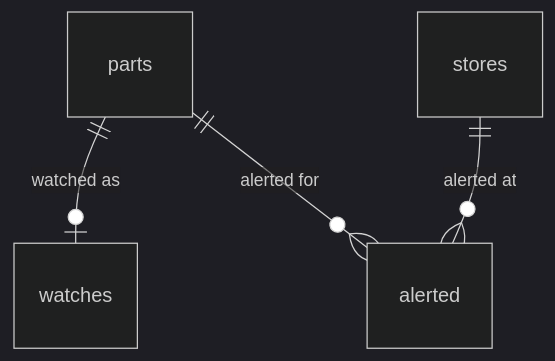
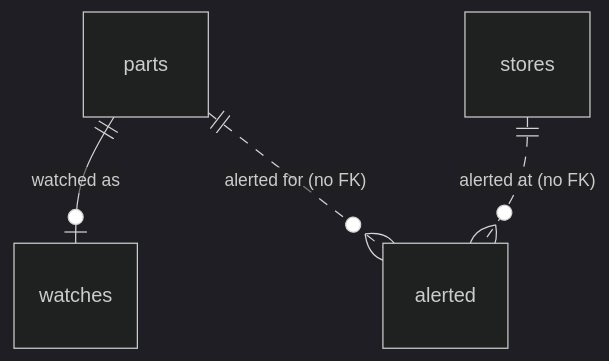
Before and after one commit to fabricio21x/apple-pickup-watch: the first of 5 diagrams in docs/features/2026-10-22-pickup-watch/design.md, drawn with Mermaid (dark theme). The commit also changed other lines of this file and 2 other files, not shown here.

````diff
--- a/docs/features/2026-10-22-pickup-watch/design.md
+++ b/docs/features/2026-10-22-pickup-watch/design.md
@@ -273,6 +299,6 @@
 ```mermaid
 erDiagram
   parts ||--o| watches : "watched as"
-  parts ||--o{ alerted : "alerted for"
-  stores ||--o{ alerted : "alerted at"
+  parts ||..o{ alerted : "alerted for (no FK)"
+  stores ||..o{ alerted : "alerted at (no FK)"
 ```
````
